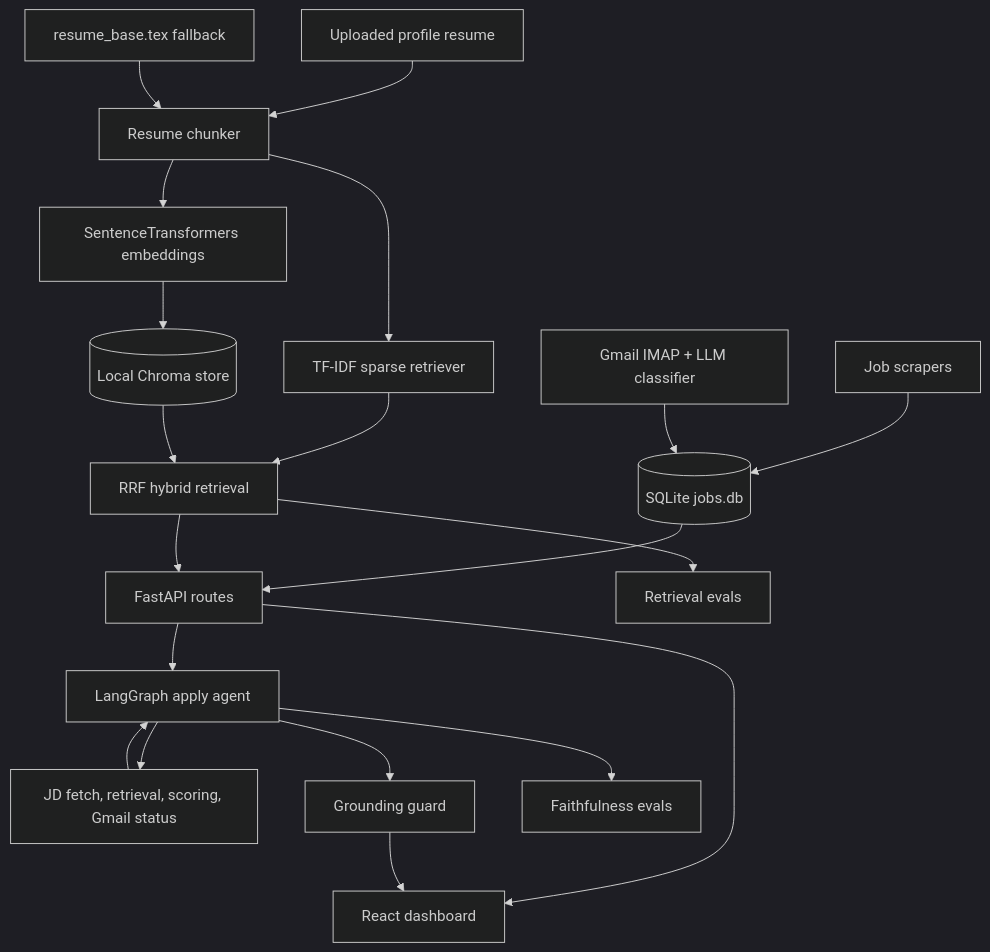
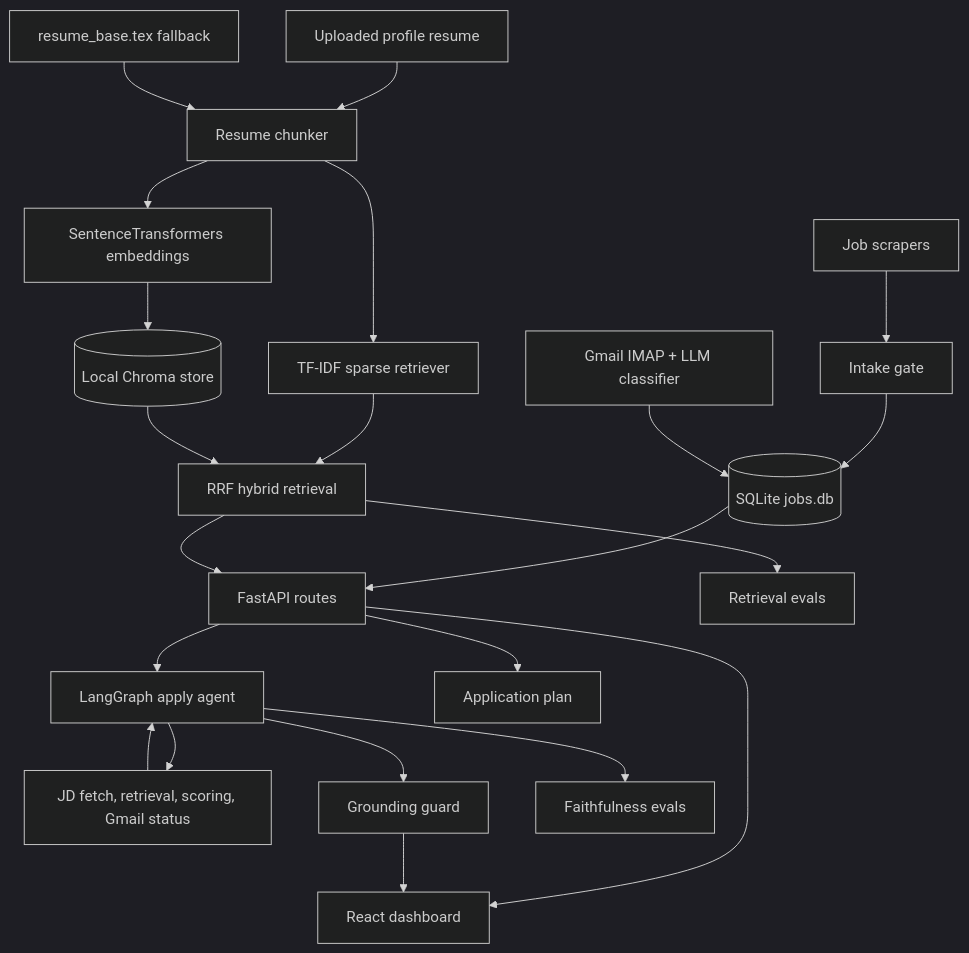
Before and after one commit to bansal28/Job-dashboard: the diagram in README.md, drawn with Mermaid (dark theme). The commit also changed other lines of this file and 16 other files, not shown here.

Commit message:
Add review queue intake and application plans

````diff
--- a/README.md
+++ b/README.md
@@ -16,22 +17,24 @@
 ```mermaid
 flowchart TD
-    Scrapers[Job scrapers] --> DB[(SQLite jobs.db)]
+    Scrapers[Job scrapers] --> Intake[Intake gate]
+    Intake --> DB[(SQLite jobs.db)]
     Gmail[Gmail IMAP + LLM classifier] --> DB
     Profile[Uploaded profile resume] --> Chunker[Resume chunker]
     Resume[resume_base.tex fallback] --> Chunker
     Chunker --> Sparse[TF-IDF sparse retriever]
     Chunker --> Dense[SentenceTransformers embeddings]
     Dense --> Chroma[(Local Chroma store)]
     Sparse --> RRF[RRF hybrid retrieval]
     Chroma --> RRF
     DB --> FastAPI[FastAPI routes]
     RRF --> FastAPI
     FastAPI --> React[React dashboard]
     FastAPI --> Agent[LangGraph apply agent]
+    FastAPI --> Plan[Application plan]
     Agent --> Tools[JD fetch, retrieval, scoring, Gmail status]
     Tools --> Agent
     Agent --> Guard[Grounding guard]
     Guard --> React
     RRF --> Evals[Retrieval evals]
     Agent --> GenEvals[Faithfulness evals]
 ```
````
